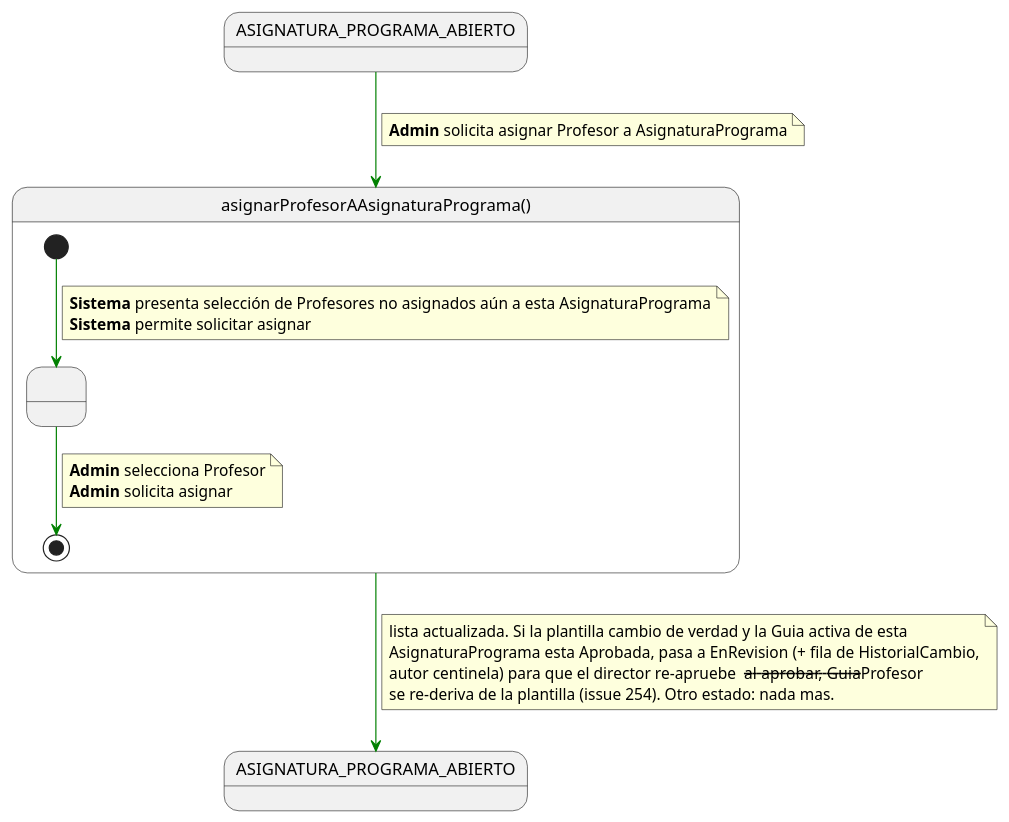
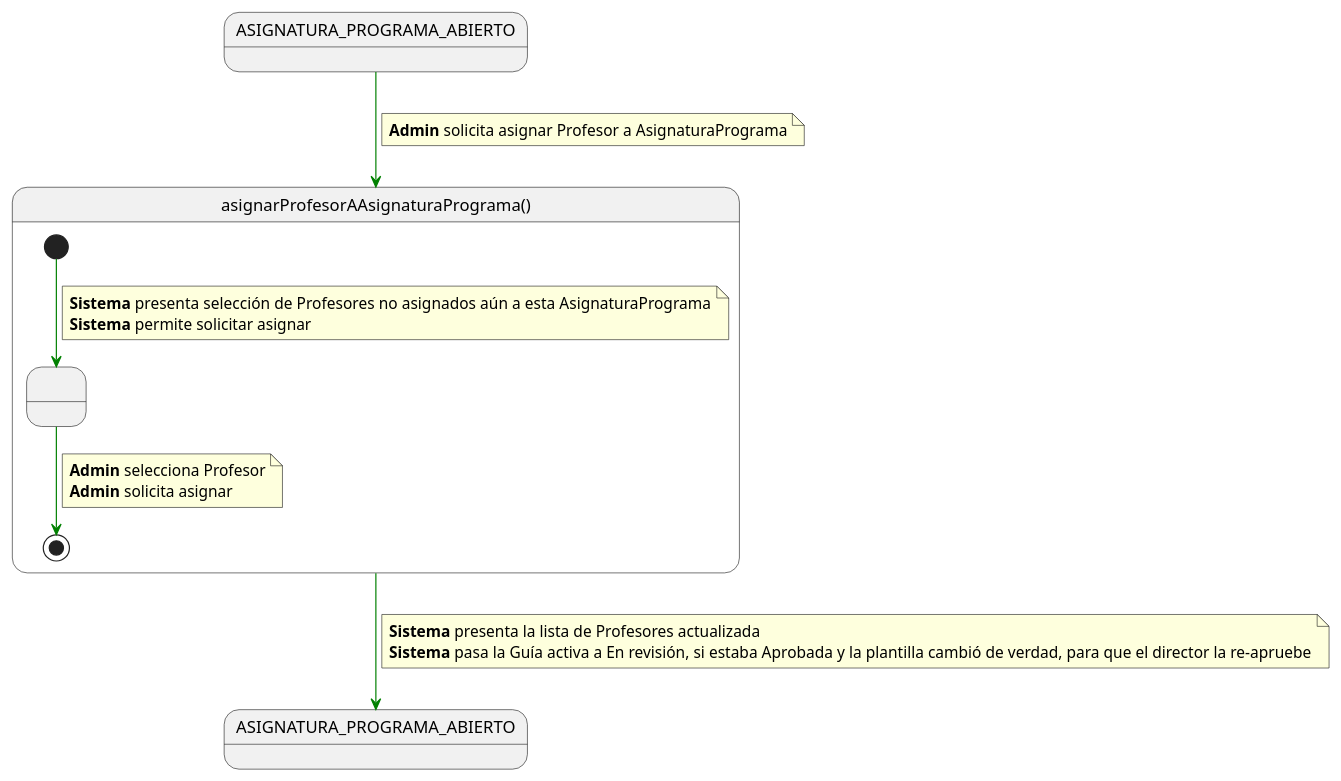
One commit to mmasias/pyCeldaPublico changed the diagram in RUP/01-requisitos/03-detalle-casos-uso/asignarProfesorAAsignaturaPrograma/especificacion.puml. Above: the diagram before and after it, drawn with PlantUML. The commit also changed 184 other files, not shown here.

```diff
--- a/RUP/01-requisitos/03-detalle-casos-uso/asignarProfesorAAsignaturaPrograma/especificacion.puml
+++ b/RUP/01-requisitos/03-detalle-casos-uso/asignarProfesorAAsignaturaPrograma/especificacion.puml
@@ -1,38 +1,36 @@
 @startuml asignarProfesorAAsignaturaPrograma
 
 skinparam linetype polyline
 
 state ASIGNATURA_PROGRAMA_ABIERTO
 state ASIGNATURA_PROGRAMA_ABIERTO_SALIDA as "ASIGNATURA_PROGRAMA_ABIERTO"
 
 ASIGNATURA_PROGRAMA_ABIERTO -[#green]-> asignarProfesorAAsignaturaPrograma
 note on link
 <b>Admin</b> solicita asignar Profesor a AsignaturaPrograma
 end note
 
 state asignarProfesorAAsignaturaPrograma as "asignarProfesorAAsignaturaPrograma()" {
 
     state " " as SolicitandoDatos
 
     [*] -[#green]-> SolicitandoDatos
     note on link
     <b>Sistema</b> presenta selección de Profesores no asignados aún a esta AsignaturaPrograma
     <b>Sistema</b> permite solicitar asignar
     end note
 
     SolicitandoDatos -[#green]-> [*]
     note on link
     <b>Admin</b> selecciona Profesor
     <b>Admin</b> solicita asignar
     end note
 }
 
 asignarProfesorAAsignaturaPrograma -[#green]-> ASIGNATURA_PROGRAMA_ABIERTO_SALIDA
 note on link
-lista actualizada. Si la plantilla cambio de verdad y la Guia activa de esta
-AsignaturaPrograma esta Aprobada, pasa a EnRevision (+ fila de HistorialCambio,
-autor centinela) para que el director re-apruebe -- al aprobar, Guia--Profesor
-se re-deriva de la plantilla (issue 254). Otro estado: nada mas.
+<b>Sistema</b> presenta la lista de Profesores actualizada
+<b>Sistema</b> pasa la Guía activa a En revisión, si estaba Aprobada y la plantilla cambió de verdad, para que el director la re-apruebe
 end note
 
 @enduml
```
